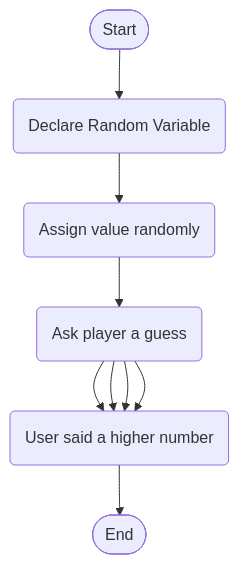
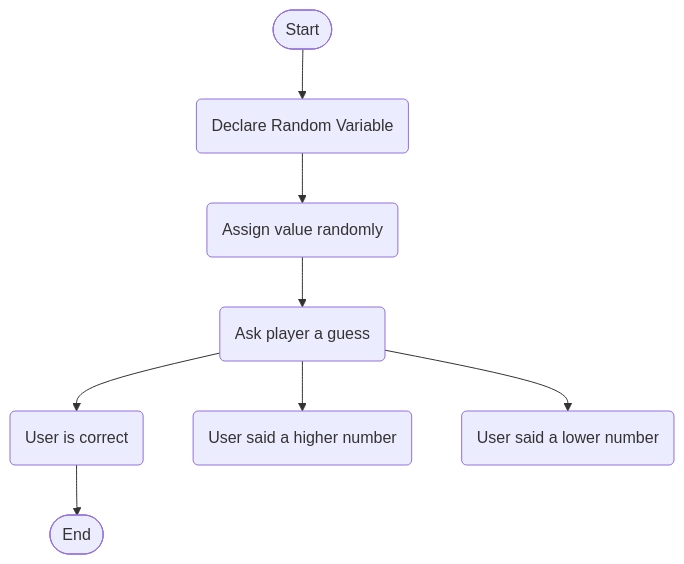
Before and after one commit to juansagarra/juansagarra.github.io: the diagram in Guessing.md, drawn with Mermaid.

````diff
--- a/Guessing.md
+++ b/Guessing.md
@@ -1,12 +1,11 @@
 ```mermaid
 flowchart TD
 
 
 
  Start([Start]) --> A(Declare Random Variable) --> B(Assign value randomly) --> C(Ask player a guess) --> D(User is correct) --> End([End])
 
-C --> D(User said a higher number)
-C --> D(User said a lower number)
-C --> D(User said a higher number)
+C --> E(User said a higher number)
+C --> F(User said a lower number)
 
 ```
````
